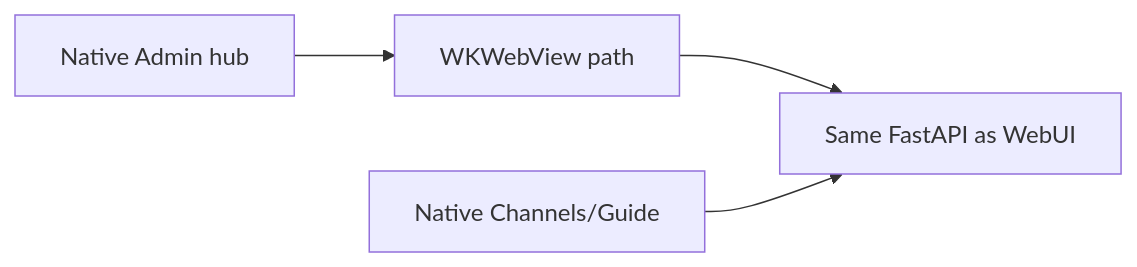
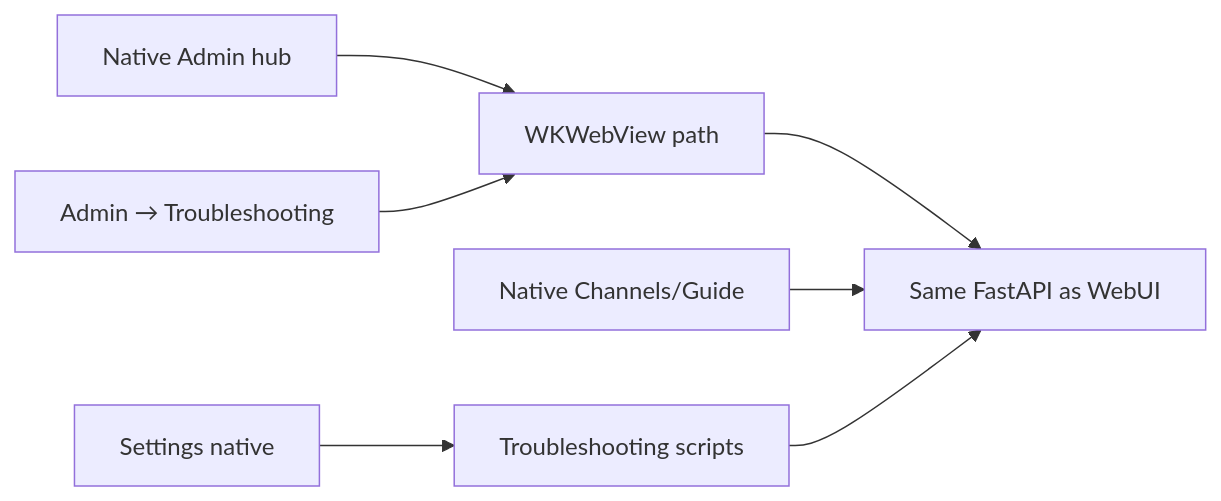
Before and after one commit to roto31/StreamTV: the diagram in docs/wiki/Native-Admin-Parity.md, drawn with Mermaid. The commit also changed other lines of this file and 18 other files, not shown here.

````diff
--- a/docs/wiki/Native-Admin-Parity.md
+++ b/docs/wiki/Native-Admin-Parity.md
@@ -8,6 +8,9 @@
 ```mermaid
 flowchart LR
   Native["Native Admin hub"] --> WV["WKWebView path"]
   WV --> API["Same FastAPI as WebUI"]
   NativeTab["Native Channels/Guide"] --> API
+  Settings["Settings native"] --> Trouble["Troubleshooting scripts"]
+  Trouble --> API
+  AdminRow["Admin → Troubleshooting"] --> WV
 ```
````
